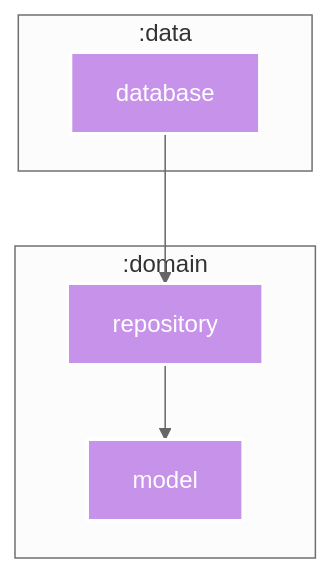
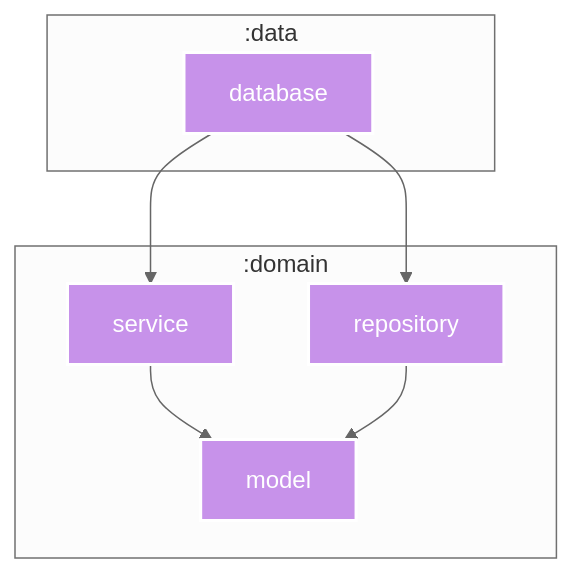
Before and after one commit to SorrowBlue/ComicViewer: the diagram in data/database/README.md, drawn with Mermaid. The commit also changed 41 other files, not shown here.

First line of the commit message:
refactor(domain): extract file sort logic to domain service (#1397)

````diff
--- a/data/database/README.md
+++ b/data/database/README.md
@@ -5,26 +5,31 @@
 ```mermaid
 %%{
   init: {
     'theme': 'neutral'
   }
 }%%
 
 graph TB
+  subgraph :domain
+    :domain:service["service"]
+    :domain:model["model"]
+    :domain:repository["repository"]
+    :domain:service["service"]
+    :domain:repository["repository"]
+  end
   subgraph :data
     :data:database["database"]
   end
-  subgraph :domain
-    :domain:repository["repository"]
-    :domain:repository["repository"]
-    :domain:model["model"]
-  end
 
+  :domain:service --> :domain:model
   :data:database --> :domain:repository
+  :data:database --> :domain:service
   :domain:repository --> :domain:model
 
 classDef kotlin-multiplatform fill:#C792EA,stroke:#fff,stroke-width:2px,color:#fff;
+class :domain:service kotlin-multiplatform
+class :domain:model kotlin-multiplatform
 class :data:database kotlin-multiplatform
 class :domain:repository kotlin-multiplatform
-class :domain:model kotlin-multiplatform
 
 ```
````
